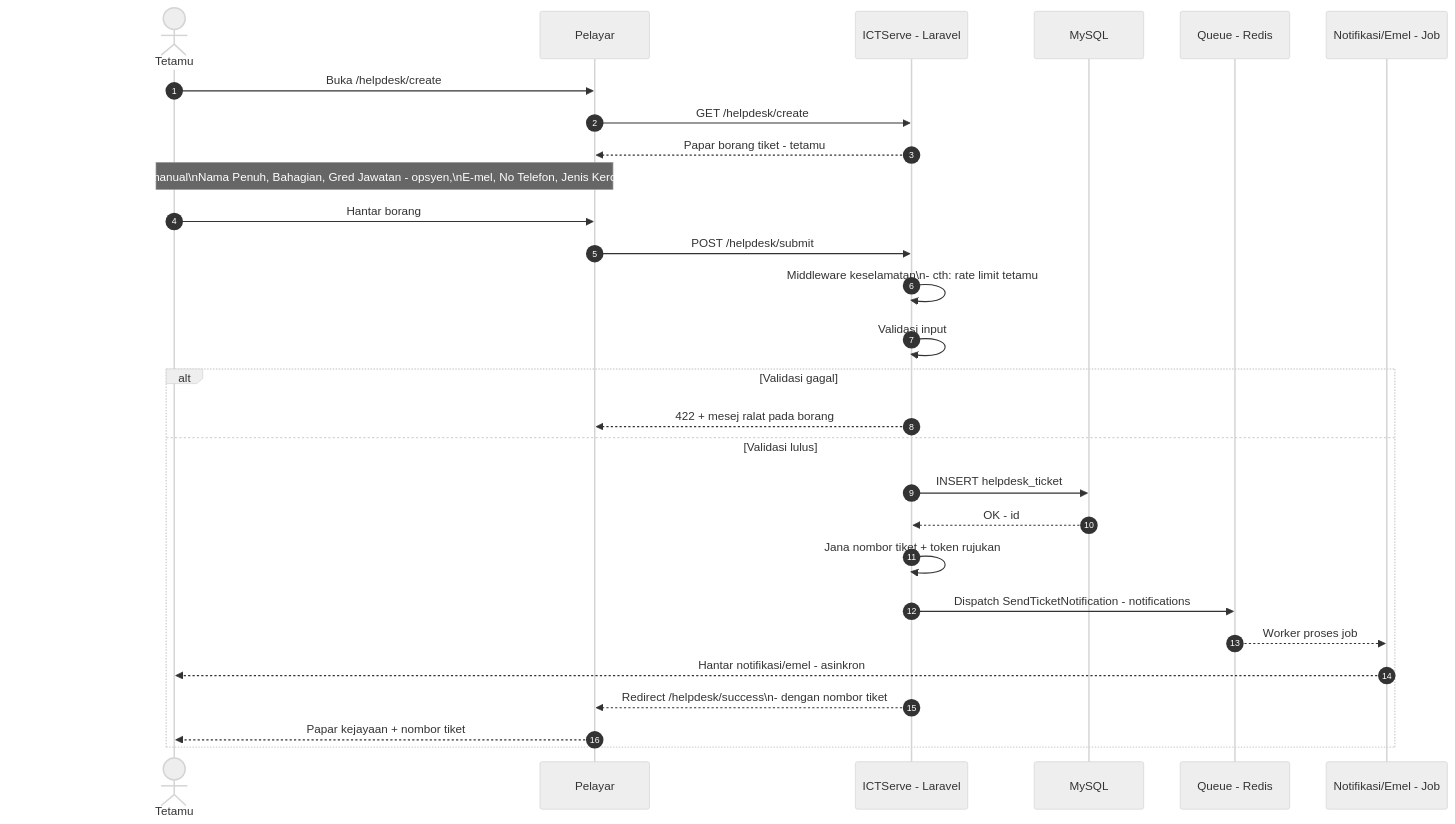
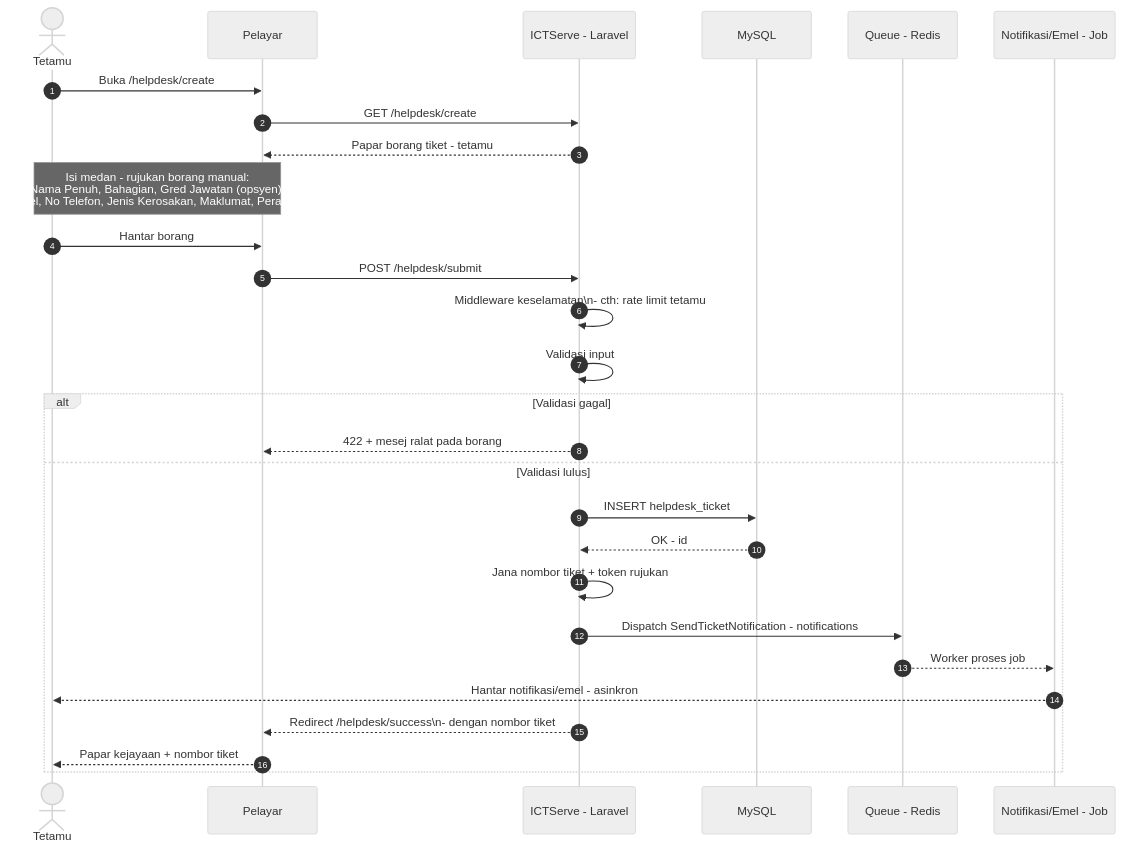
One commit to IzzatFirdaus/ictserve-031125 changed the second of 7 diagrams in MANUAL_TO_SYSTEM_FLOW_DIAGRAMS.md. Above: the diagram before and after it, drawn with Mermaid (neutral theme). The commit also changed other lines of this file and 45 other files, not shown here.

First line of the commit message:
docs: add comprehensive system diagrams (DFD, ERD, workflows, swimlanes)

````diff
--- a/MANUAL_TO_SYSTEM_FLOW_DIAGRAMS.md
+++ b/MANUAL_TO_SYSTEM_FLOW_DIAGRAMS.md
@@ -50,34 +52,34 @@
 ```mermaid
 sequenceDiagram
     autonumber
     actor U as Tetamu
     participant B as Pelayar
     participant A as ICTServe - Laravel
     participant DB as MySQL
     participant Q as Queue - Redis
     participant N as Notifikasi/Emel - Job
 
     U->>B: Buka /helpdesk/create
     B->>A: GET /helpdesk/create
     A-->>B: Papar borang tiket - tetamu
 
-    Note over U,B: Isi medan - rujukan borang manual\nNama Penuh, Bahagian, Gred Jawatan - opsyen,\nE-mel, No Telefon, Jenis Kerosakan, Maklumat, Perakuan
+    Note over U,B: Isi medan - rujukan borang manual:<br/>Nama Penuh, Bahagian, Gred Jawatan (opsyen),<br/>E-mel, No Telefon, Jenis Kerosakan, Maklumat, Perakuan
 
     U->>B: Hantar borang
     B->>A: POST /helpdesk/submit
     A->>A: Middleware keselamatan\n- cth: rate limit tetamu
     A->>A: Validasi input
 
     alt Validasi gagal
         A-->>B: 422 + mesej ralat pada borang
     else Validasi lulus
         A->>DB: INSERT helpdesk_ticket
         DB-->>A: OK - id
         A->>A: Jana nombor tiket + token rujukan
         A->>Q: Dispatch SendTicketNotification - notifications
         Q-->>N: Worker proses job
         N-->>U: Hantar notifikasi/emel - asinkron
         A-->>B: Redirect /helpdesk/success\n- dengan nombor tiket
         B-->>U: Papar kejayaan + nombor tiket
     end
 ```
````
